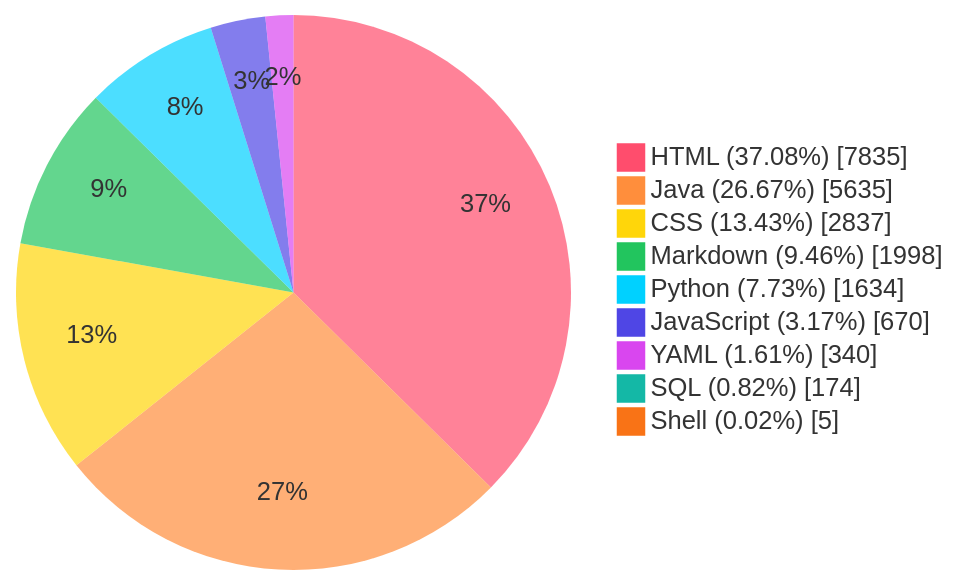
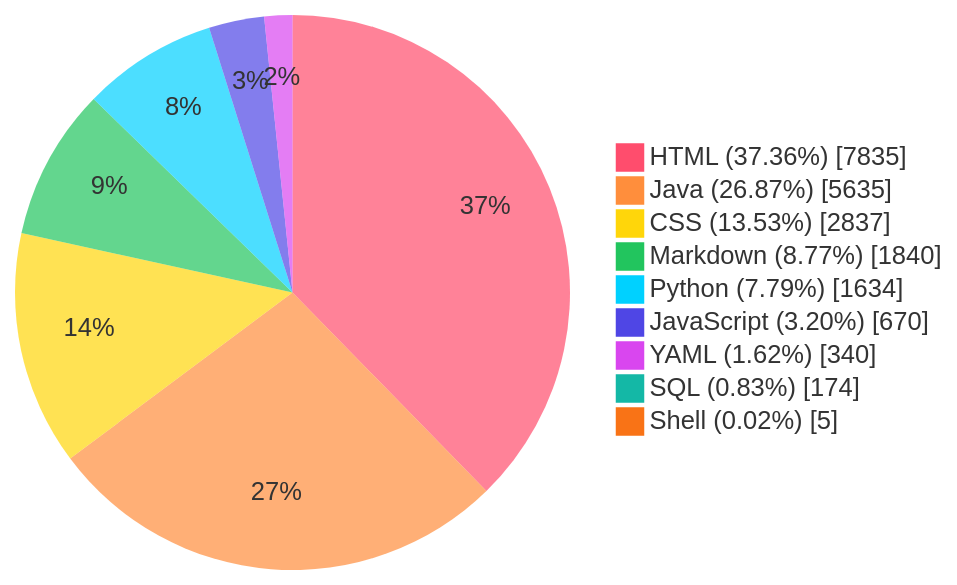
The diagram in README.md (TheBadRoger/BUCT-Teaching-Aids), drawn with Mermaid before and after one commit. The commit also changed other lines of this file and 2 other files, not shown here.

Commit message:
chore(stats): auto update README metrics

````diff
--- a/README.md
+++ b/README.md
@@ -37,28 +37,28 @@
 ```mermaid
 %%{init: {'theme':'base','themeVariables': {
   'fontFamily': 'Fira Code, JetBrains Mono, Source Code Pro, Cascadia Code, Menlo, Consolas, monospace',
   'pieStrokeColor': 'transparent',
   'pieStrokeWidth': '0px',
   'pieOuterStrokeWidth': '0px',
   'pie1': '#FF4D6D',
   'pie2': '#FF8E3C',
   'pie3': '#FFD60A',
   'pie4': '#22C55E',
   'pie5': '#00D1FF',
   'pie6': '#4F46E5',
   'pie7': '#D946EF',
   'pie8': '#14B8A6',
   'pie9': '#F97316',
   'pie10': '#A855F7'
 }}}%%
 pie showData
-    "HTML (37.08%)" : 7835
-    "Java (26.67%)" : 5635
-    "CSS (13.43%)" : 2837
-    "Markdown (9.46%)" : 1998
-    "Python (7.73%)" : 1634
-    "JavaScript (3.17%)" : 670
-    "YAML (1.61%)" : 340
-    "SQL (0.82%)" : 174
+    "HTML (37.36%)" : 7835
+    "Java (26.87%)" : 5635
+    "CSS (13.53%)" : 2837
+    "Markdown (8.77%)" : 1840
+    "Python (7.79%)" : 1634
+    "JavaScript (3.20%)" : 670
+    "YAML (1.62%)" : 340
+    "SQL (0.83%)" : 174
     "Shell (0.02%)" : 5
 ```
````
